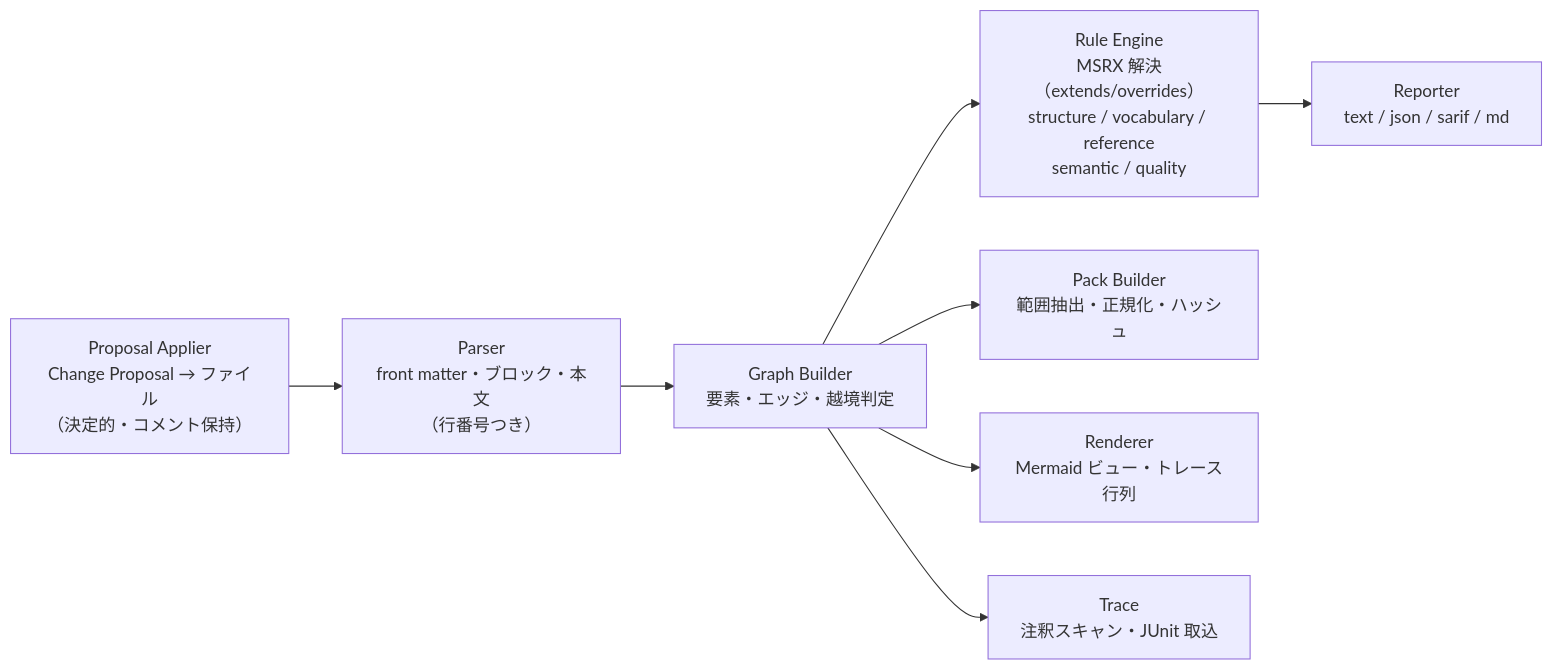
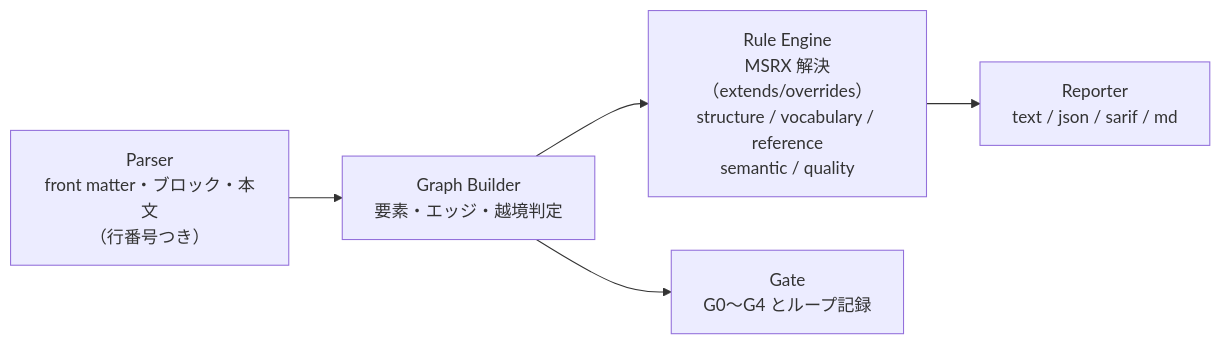
One commit to shuji-bonji/mutualspec changed the second of 2 diagrams in docs/07-toolchain-architecture.md. Above: the diagram before and after it, drawn with Mermaid. The commit also changed other lines of this file and 6 other files, not shown here.

````diff
--- a/docs/07-toolchain-architecture.md
+++ b/docs/07-toolchain-architecture.md
@@ -65,10 +74,7 @@
 ```mermaid
 flowchart LR
   P["Parser<br/>front matter・ブロック・本文<br/>（行番号つき）"] --> B["Graph Builder<br/>要素・エッジ・越境判定"]
   B --> E["Rule Engine<br/>MSRX 解決（extends/overrides）<br/>structure / vocabulary / reference<br/>semantic / quality"]
   E --> R["Reporter<br/>text / json / sarif / md"]
-  B --> PK["Pack Builder<br/>範囲抽出・正規化・ハッシュ"]
-  B --> RD["Renderer<br/>Mermaid ビュー・トレース行列"]
-  AP["Proposal Applier<br/>Change Proposal → ファイル<br/>（決定的・コメント保持）"] --> P
-  B --> TR["Trace<br/>注釈スキャン・JUnit 取込"]
+  B --> G["Gate<br/>G0〜G4 とループ記録"]
 ```
````
